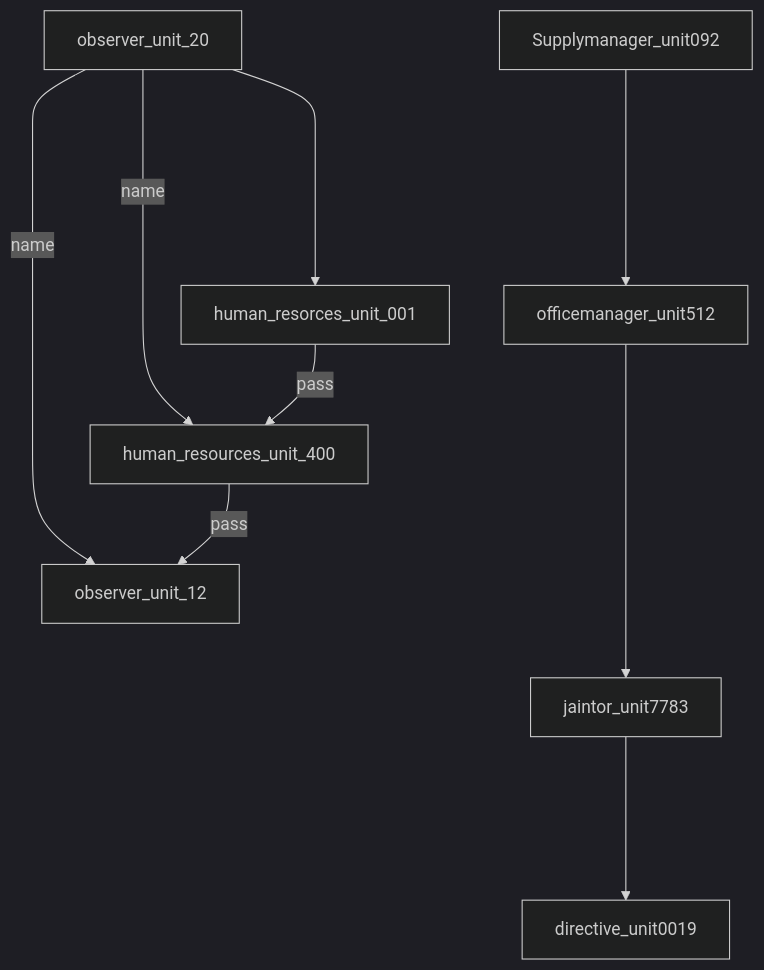
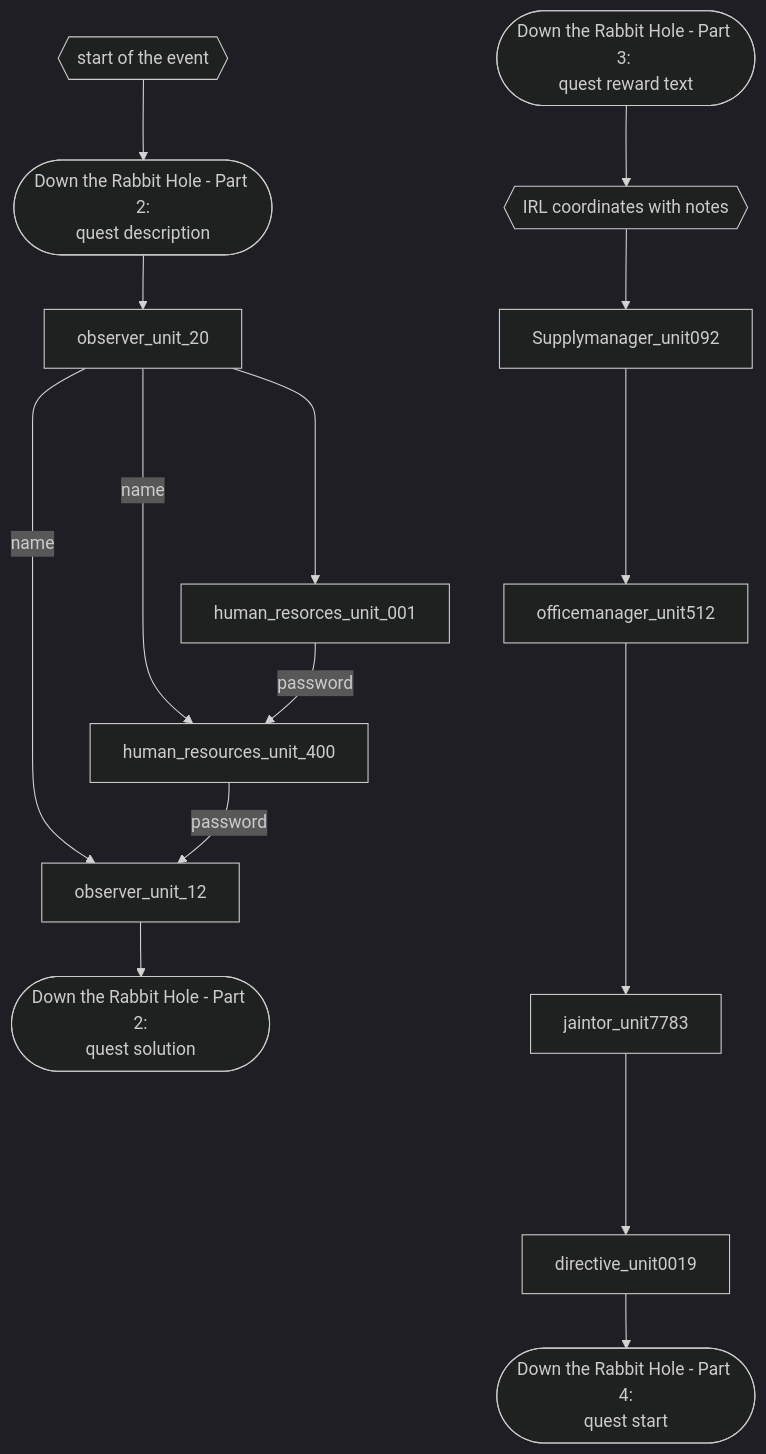
One commit to 3ncy/ARRS-s5 changed the diagram in README.md. Above: the diagram before and after it, drawn with Mermaid (dark theme).

Commit message:
Update README.md - fancying up the graph

````diff
--- a/README.md
+++ b/README.md
@@ -16,12 +16,22 @@
 ```mermaid
 graph TD;
+    start{{start of the event}} --> quest2-desc(["Down the Rabbit Hole - Part 2:
+quest description"]);
+    quest2-desc --> observer_unit_20;
     observer_unit_20 --name--> observer_unit_12;
     observer_unit_20 --name--> human_resources_unit_400;
     observer_unit_20 ----> human_resorces_unit_001;
-    human_resorces_unit_001 --pass--> human_resources_unit_400
-    human_resources_unit_400 --pass--> observer_unit_12
+    human_resorces_unit_001 --password--> human_resources_unit_400;
+    human_resources_unit_400 --password--> observer_unit_12;
+    observer_unit_12 --> quest2-sol(["Down the Rabbit Hole - Part 2:
+quest solution"]);
 
-    Supplymanager_unit092 ----> officemanager_unit512
-    officemanager_unit512 ----> jaintor_unit7783
-    jaintor_unit7783 ----> directive_unit0019
+    quest3(["Down the Rabbit Hole - Part 3: 
+quest reward text"]) --> irl{{IRL coordinates with notes}};
+    irl --> Supplymanager_unit092;
+    Supplymanager_unit092 ----> officemanager_unit512;
+    officemanager_unit512 ----> jaintor_unit7783;
+    jaintor_unit7783 ----> directive_unit0019;
+    directive_unit0019 --> quest4(["Down the Rabbit Hole - Part 4:
+quest start"]);
 ```
````
